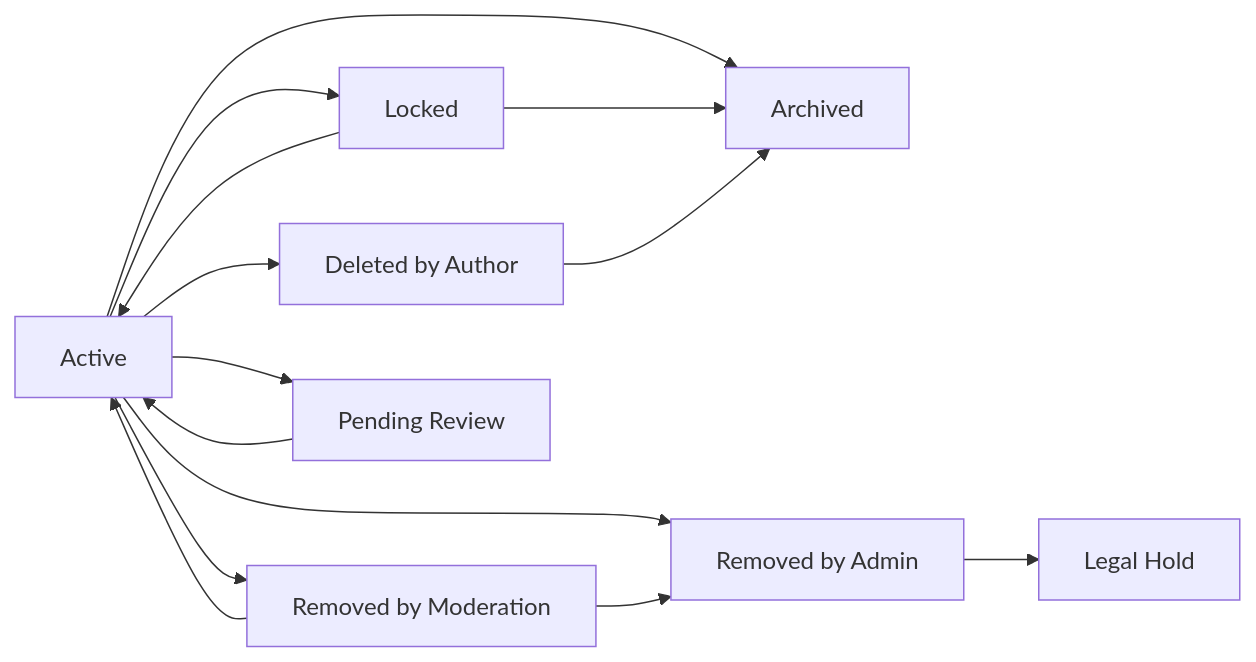
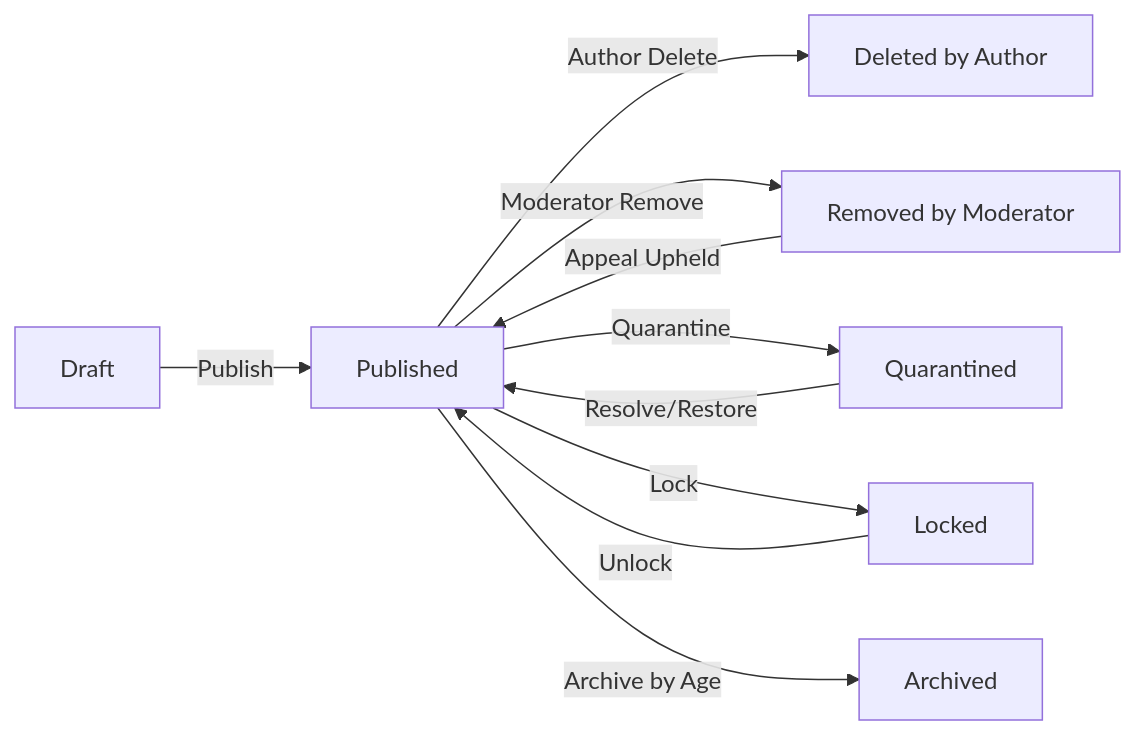
The second of 2 diagrams in openai/gpt-5/reddit/docs/analysis/06-communityPlatform-posting-and-content-requirements.md (wrtnlabs/autobe-examples), drawn with Mermaid before and after one commit. The commit also changed other lines of this file and 16146 other files, not shown here.

````diff
--- a/openai/gpt-5/reddit/docs/analysis/06-communityPlatform-posting-and-content-requirements.md
+++ b/openai/gpt-5/reddit/docs/analysis/06-communityPlatform-posting-and-content-requirements.md
@@ -247,16 +209,12 @@
 ```mermaid
 graph LR
-  A["Active"] --> B["Locked"]
-  A --> C["Archived"]
-  A --> D["Removed by Moderation"]
-  A --> E["Removed by Admin"]
-  A --> F["Deleted by Author"]
-  A --> G["Pending Review"]
-  G --> A
-  B --> A
-  B --> C
-  D --> A
-  D --> E
-  E --> H["Legal Hold"]
-  F --> C
+  P1["Draft"] -->|"Publish"| P2["Published"]
+  P2 -->|"Author Delete"| P3["Deleted by Author"]
+  P2 -->|"Moderator Remove"| P4["Removed by Moderator"]
+  P2 -->|"Quarantine"| P5["Quarantined"]
+  P2 -->|"Lock"| P6["Locked"]
+  P6 -->|"Unlock"| P2
+  P2 -->|"Archive by Age"| P7["Archived"]
+  P5 -->|"Resolve/Restore"| P2
+  P4 -->|"Appeal Upheld"| P2
 ```
````
